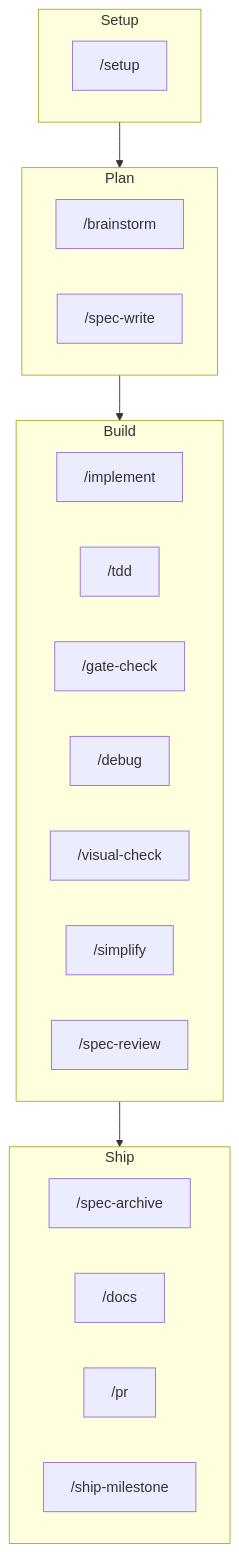
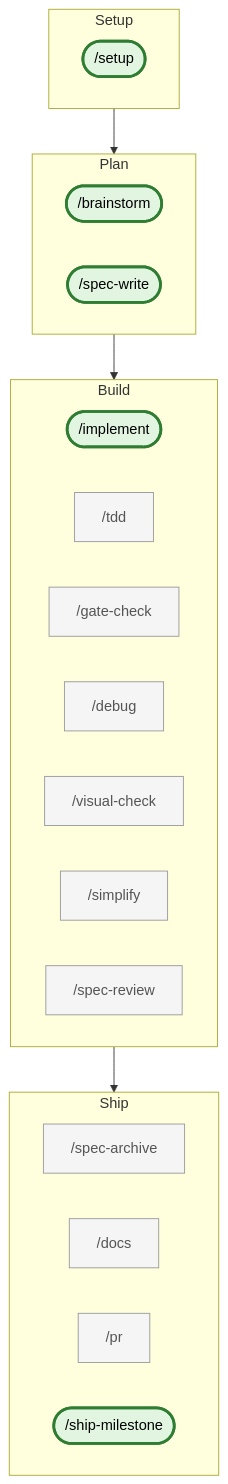
The diagram in README.md (nesquikm/dev-process-toolkit), drawn with Mermaid before and after one commit. The commit also changed other lines of this file and 2 other files, not shown here.

First paragraph of the commit message:
M35: README workflow diagram II — two-tier spine vs secondary + factual orchestration prose (STE-131)
Restructures the v1.36.0 "Compass" mermaid block with classDef styling
(spine vs secondary) and rewrites the prose paragraph beneath the
diagram to match what /implement actually does.

````diff
--- a/README.md
+++ b/README.md
@@ -27,28 +27,30 @@
 ```mermaid
 flowchart TD
+    classDef spine fill:#e1f5e1,stroke:#2e7d32,stroke-width:3px,color:#000
+    classDef secondary fill:#f5f5f5,stroke:#999,stroke-width:1px,color:#555
     subgraph Setup
-        setup["/setup"]
+        setup(["/setup"]):::spine
     end
     subgraph Plan
-        brainstorm["/brainstorm"]
-        spec_write["/spec-write"]
+        brainstorm(["/brainstorm"]):::spine
+        spec_write(["/spec-write"]):::spine
     end
     subgraph Build
-        implement["/implement"]
-        tdd["/tdd"]
-        gate_check["/gate-check"]
-        debug["/debug"]
-        visual_check["/visual-check"]
-        simplify["/simplify"]
-        spec_review["/spec-review"]
+        implement(["/implement"]):::spine
+        tdd["/tdd"]:::secondary
+        gate_check["/gate-check"]:::secondary
+        debug["/debug"]:::secondary
+        visual_check["/visual-check"]:::secondary
+        simplify["/simplify"]:::secondary
+        spec_review["/spec-review"]:::secondary
     end
     subgraph Ship
-        spec_archive["/spec-archive"]
-        docs["/docs"]
-        pr["/pr"]
-        ship_milestone["/ship-milestone"]
+        spec_archive["/spec-archive"]:::secondary
+        docs["/docs"]:::secondary
+        pr["/pr"]:::secondary
+        ship_milestone(["/ship-milestone"]):::spine
     end
     Setup --> Plan
     Plan --> Build
     Build --> Ship
 ```
````
